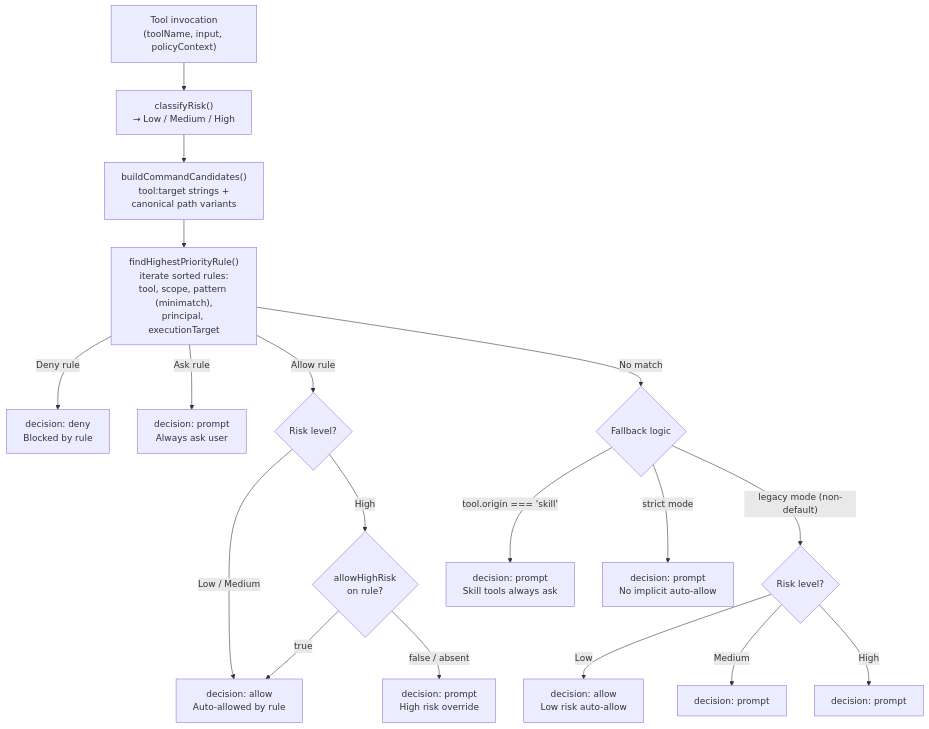
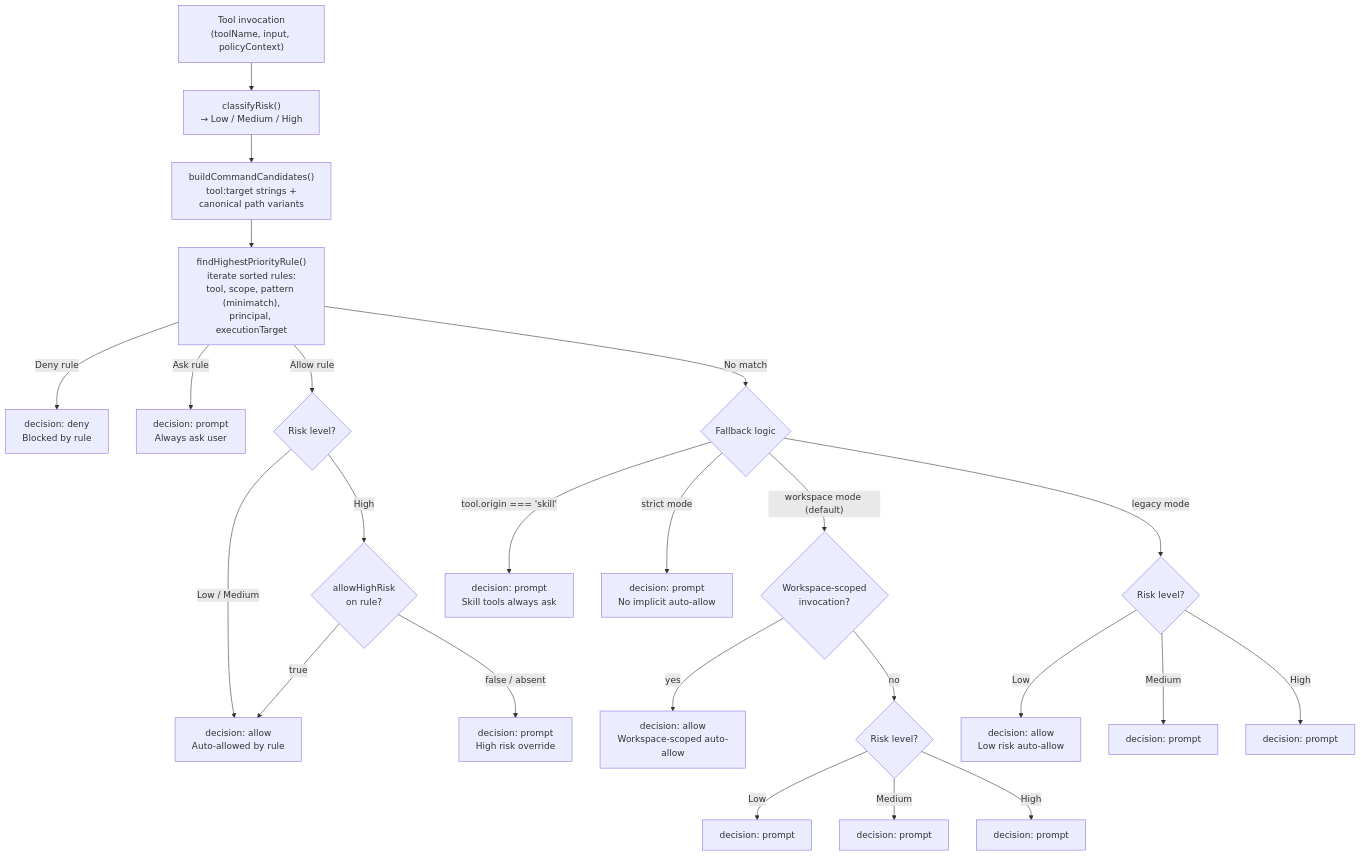
Before and after one commit to vellum-ai/vellum-assistant: diagram 25 of 50 in ARCHITECTURE.md, drawn with Mermaid. The commit also changed other lines of this file and 4 other files, not shown here.

Commit message:
feat: flip default permissions mode to workspace + docs update

````diff
--- a/ARCHITECTURE.md
+++ b/ARCHITECTURE.md
@@ -1868,23 +1868,29 @@
 ```mermaid
 graph TB
     TOOL_CALL["Tool invocation<br/>(toolName, input, policyContext)"] --> CLASSIFY["classifyRisk()<br/>→ Low / Medium / High"]
     CLASSIFY --> CANDIDATES["buildCommandCandidates()<br/>tool:target strings +<br/>canonical path variants"]
     CANDIDATES --> FIND_RULE["findHighestPriorityRule()<br/>iterate sorted rules:<br/>tool, scope, pattern (minimatch),<br/>principal, executionTarget"]
 
     FIND_RULE -->|"Deny rule"| DENY["decision: deny<br/>Blocked by rule"]
     FIND_RULE -->|"Ask rule"| PROMPT_ASK["decision: prompt<br/>Always ask user"]
     FIND_RULE -->|"Allow rule"| RISK_CHECK{"Risk level?"}
     FIND_RULE -->|"No match"| NO_MATCH{"Fallback logic"}
 
     RISK_CHECK -->|"Low / Medium"| AUTO_ALLOW["decision: allow<br/>Auto-allowed by rule"]
     RISK_CHECK -->|"High"| HIGH_CHECK{"allowHighRisk<br/>on rule?"}
     HIGH_CHECK -->|"true"| AUTO_ALLOW
     HIGH_CHECK -->|"false / absent"| PROMPT_HIGH["decision: prompt<br/>High risk override"]
 
     NO_MATCH -->|"tool.origin === 'skill'"| PROMPT_SKILL["decision: prompt<br/>Skill tools always ask"]
     NO_MATCH -->|"strict mode"| PROMPT_STRICT["decision: prompt<br/>No implicit auto-allow"]
-    NO_MATCH -->|"legacy mode (non-default)"| RISK_FALLBACK{"Risk level?"}
+    NO_MATCH -->|"workspace mode (default)"| WS_CHECK{"Workspace-scoped<br/>invocation?"}
+    WS_CHECK -->|"yes"| AUTO_WS["decision: allow<br/>Workspace-scoped auto-allow"]
+    WS_CHECK -->|"no"| RISK_FALLBACK_WS{"Risk level?"}
+    RISK_FALLBACK_WS -->|"Low"| PROMPT_WS_LOW["decision: prompt"]
+    RISK_FALLBACK_WS -->|"Medium"| PROMPT_WS_MED["decision: prompt"]
+    RISK_FALLBACK_WS -->|"High"| PROMPT_WS_HIGH["decision: prompt"]
+    NO_MATCH -->|"legacy mode"| RISK_FALLBACK{"Risk level?"}
     RISK_FALLBACK -->|"Low"| AUTO_LOW["decision: allow<br/>Low risk auto-allow"]
     RISK_FALLBACK -->|"Medium"| PROMPT_MED["decision: prompt"]
     RISK_FALLBACK -->|"High"| PROMPT_HIGH2["decision: prompt"]
 ```
````
